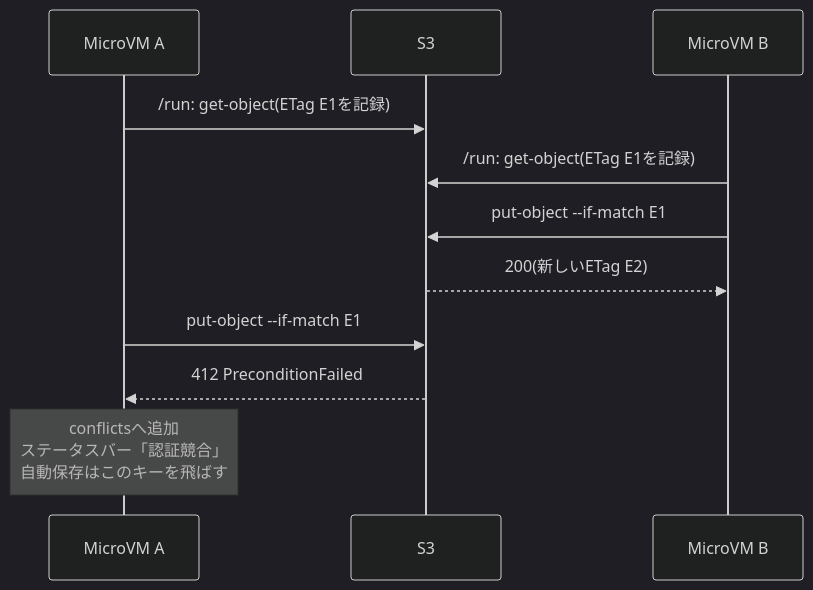
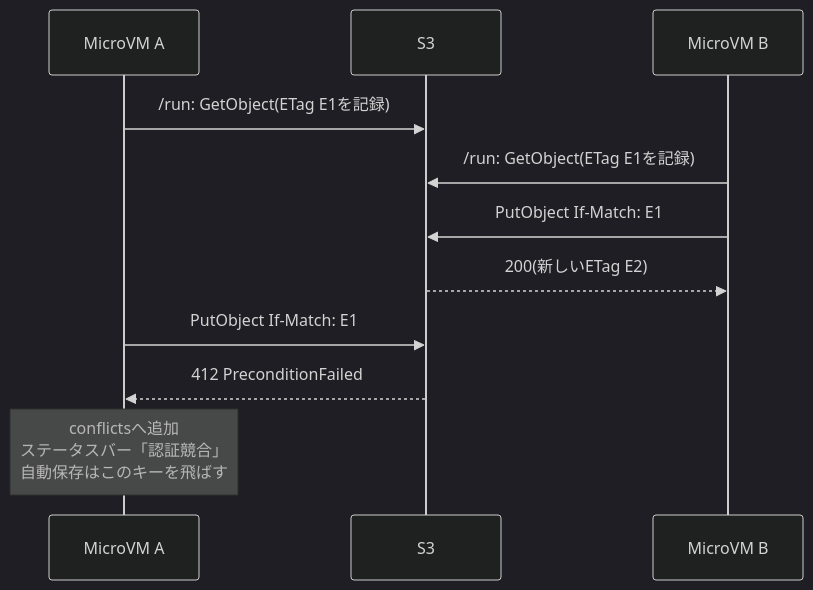
The seventh of 7 diagrams in docs/architecture-and-design.md (har1101/lambda-microvm-webapp), drawn with Mermaid (dark theme) before and after one commit. The commit also changed other lines of this file and 7 other files, not shown here.

````diff
--- a/docs/architecture-and-design.md
+++ b/docs/architecture-and-design.md
@@ -903,13 +903,13 @@
 ```mermaid
 sequenceDiagram
     participant A as MicroVM A
     participant S as S3
     participant B as MicroVM B
-    A->>S: /run: get-object(ETag E1を記録)
-    B->>S: /run: get-object(ETag E1を記録)
-    B->>S: put-object --if-match E1
+    A->>S: /run: GetObject(ETag E1を記録)
+    B->>S: /run: GetObject(ETag E1を記録)
+    B->>S: PutObject If-Match: E1
     S-->>B: 200(新しいETag E2)
-    A->>S: put-object --if-match E1
+    A->>S: PutObject If-Match: E1
     S-->>A: 412 PreconditionFailed
     Note over A: conflictsへ追加<br/>ステータスバー「認証競合」<br/>自動保存はこのキーを飛ばす
 ```
````
